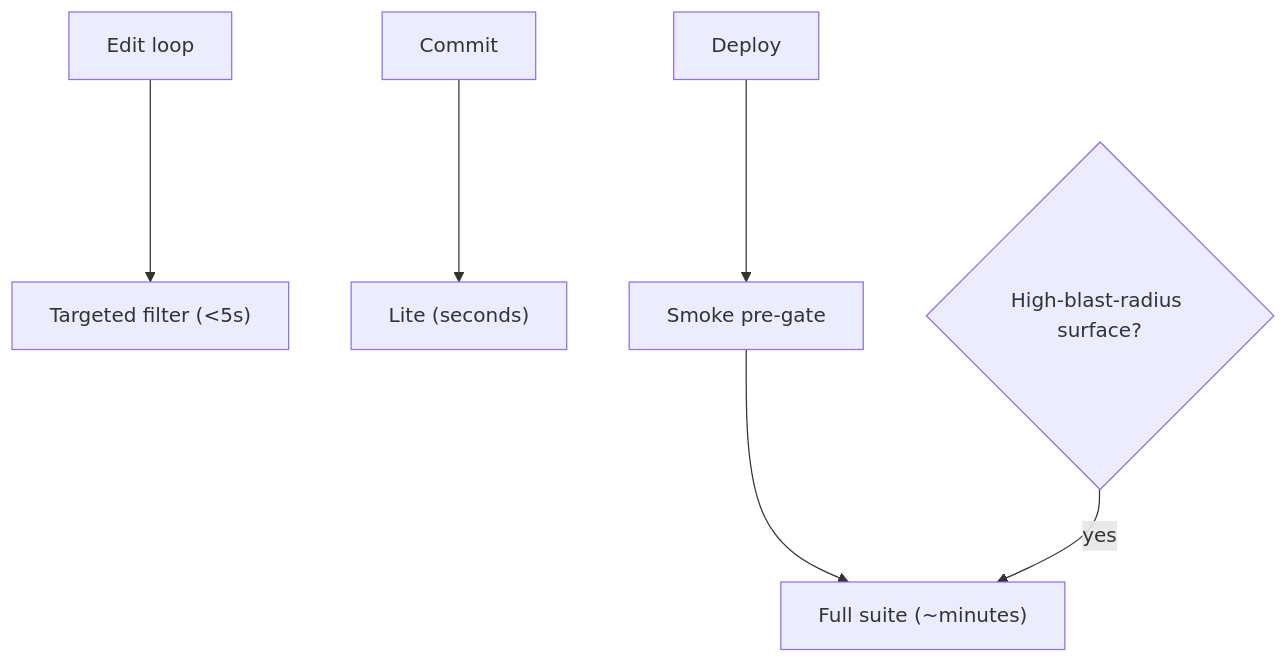
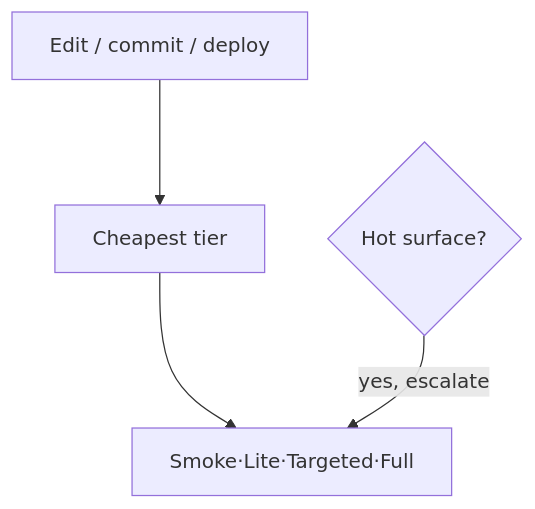
One commit to davisjam/agent-governance-mechanisms changed the diagram in book/appendix-fills/product/test-onion-tiers.md. Above: the diagram before and after it, drawn with Mermaid. The commit also changed other lines of this file and 21 other files, not shown here.

````diff
--- a/book/appendix-fills/product/test-onion-tiers.md
+++ b/book/appendix-fills/product/test-onion-tiers.md
@@ -34,8 +34,6 @@
 ```mermaid
 flowchart TD
-  Edit[Edit loop] --> Targeted["Targeted filter (<5s)"]
-  PreCommit[Commit] --> Lite["Lite (seconds)"]
-  Deploy[Deploy] --> Smoke["Smoke pre-gate"]
-  Smoke --> Full["Full suite (~minutes)"]
-  Hot{High-blast-radius surface?} -->|yes| Full
+  In[Edit / commit / deploy] --> Pick[Cheapest tier]
+  Pick --> Run[Smoke·Lite·Targeted·Full]
+  Hot{Hot surface?} -->|yes, escalate| Run
 ```
````
